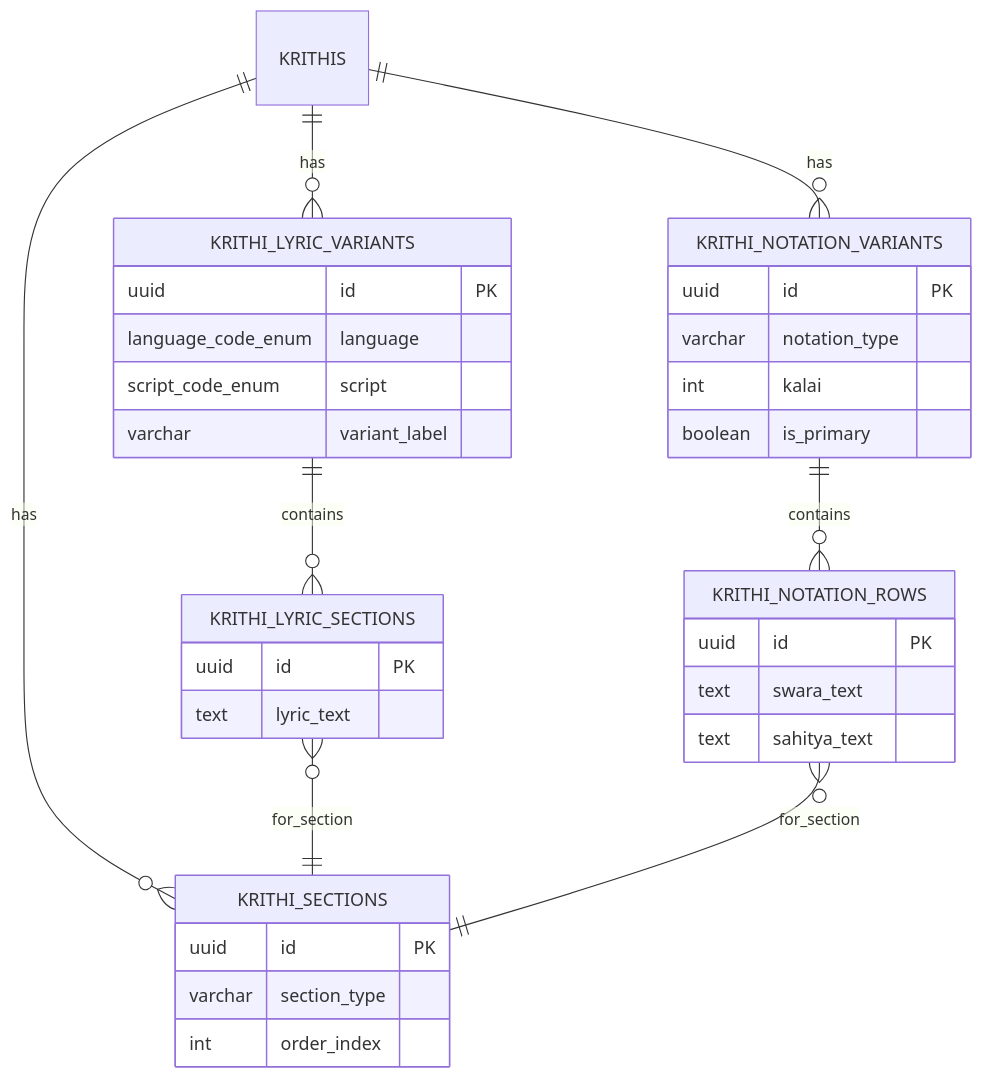
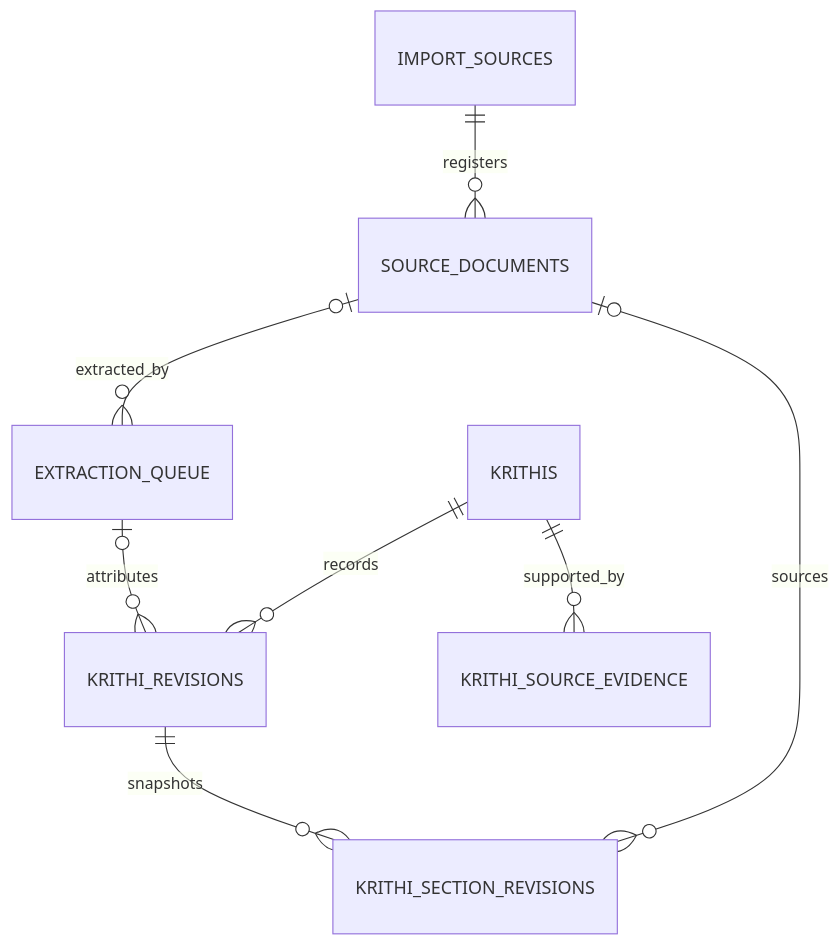
The second of 3 diagrams in application_documentation/02-architecture/diagrams/erd.md (carnaticlabs/Sangeetha-Grantha), drawn with Mermaid before and after one commit. The commit also changed other lines of this file and 292 other files, not shown here.

````diff
--- a/application_documentation/02-architecture/diagrams/erd.md
+++ b/application_documentation/02-architecture/diagrams/erd.md
@@ -437,43 +36,10 @@
 ```mermaid
 erDiagram
-    KRITHIS ||--o{ KRITHI_SECTIONS : "has"
-    KRITHIS ||--o{ KRITHI_LYRIC_VARIANTS : "has"
-    KRITHIS ||--o{ KRITHI_NOTATION_VARIANTS : "has"
-
-    KRITHI_SECTIONS {
-        uuid id PK
-        varchar section_type
-        int order_index
-    }
-
-    KRITHI_LYRIC_VARIANTS {
-        uuid id PK
-        language_code_enum language
-        script_code_enum script
-        varchar variant_label
-    }
-
-    KRITHI_LYRIC_SECTIONS {
-        uuid id PK
-        text lyric_text
-    }
-
-    KRITHI_NOTATION_VARIANTS {
-        uuid id PK
-        varchar notation_type
-        int kalai
-        boolean is_primary
-    }
-
-    KRITHI_NOTATION_ROWS {
-        uuid id PK
-        text swara_text
-        text sahitya_text
-    }
-
-    KRITHI_LYRIC_VARIANTS ||--o{ KRITHI_LYRIC_SECTIONS : "contains"
-    KRITHI_LYRIC_SECTIONS }o--|| KRITHI_SECTIONS : "for_section"
-
-    KRITHI_NOTATION_VARIANTS ||--o{ KRITHI_NOTATION_ROWS : "contains"
-    KRITHI_NOTATION_ROWS }o--|| KRITHI_SECTIONS : "for_section"
+    IMPORT_SOURCES ||--o{ SOURCE_DOCUMENTS : registers
+    SOURCE_DOCUMENTS o|--o{ EXTRACTION_QUEUE : extracted_by
+    KRITHIS ||--o{ KRITHI_REVISIONS : records
+    KRITHI_REVISIONS ||--o{ KRITHI_SECTION_REVISIONS : snapshots
+    EXTRACTION_QUEUE o|--o{ KRITHI_REVISIONS : attributes
+    SOURCE_DOCUMENTS o|--o{ KRITHI_SECTION_REVISIONS : sources
+    KRITHIS ||--o{ KRITHI_SOURCE_EVIDENCE : supported_by
 ```
````
